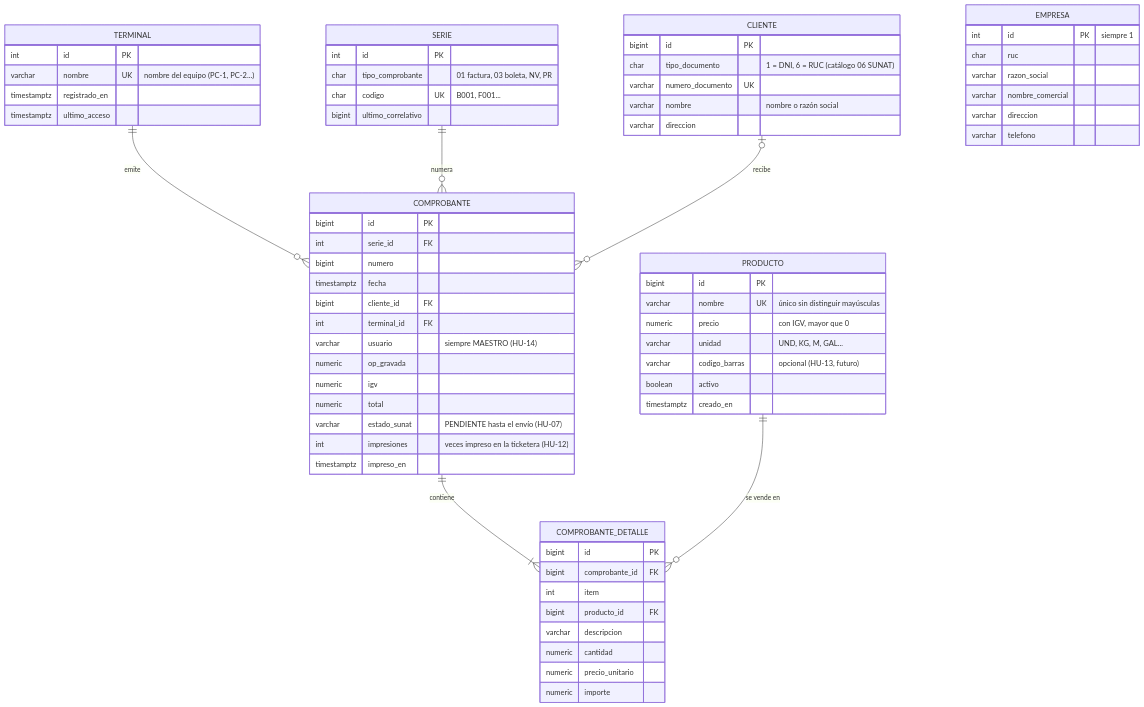
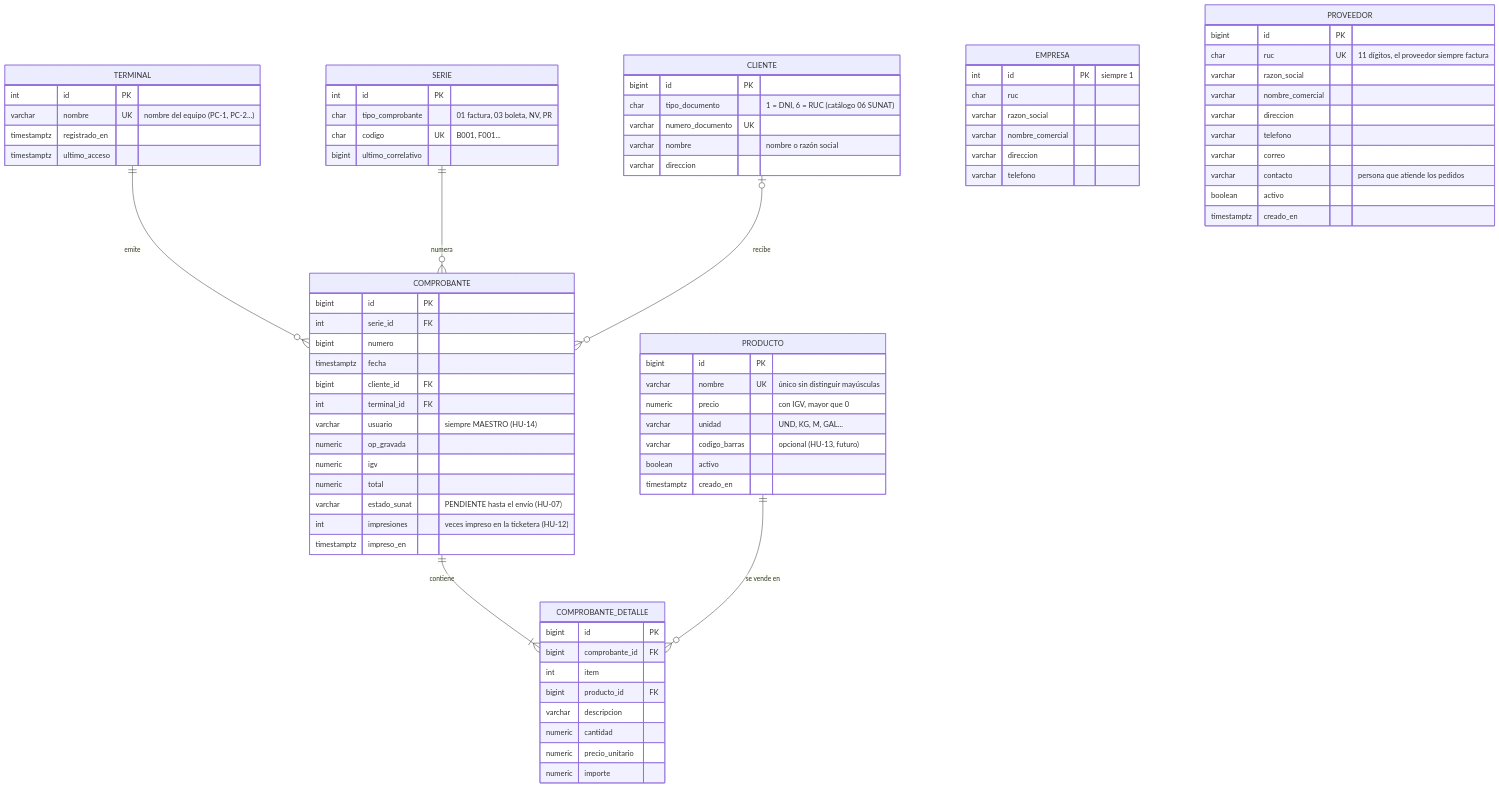
Before and after one commit to ianthony4/Sistema_Logistico_Condor: the diagram in docs/modelo_datos.md, drawn with Mermaid. The commit also changed other lines of this file and 4 other files, not shown here.

````diff
--- a/docs/modelo_datos.md
+++ b/docs/modelo_datos.md
@@ -9,70 +9,82 @@
 ```mermaid
 erDiagram
     TERMINAL ||--o{ COMPROBANTE : "emite"
     SERIE ||--o{ COMPROBANTE : "numera"
     CLIENTE |o--o{ COMPROBANTE : "recibe"
     COMPROBANTE ||--|{ COMPROBANTE_DETALLE : "contiene"
     PRODUCTO ||--o{ COMPROBANTE_DETALLE : "se vende en"
 
     TERMINAL {
         int id PK
         varchar nombre UK "nombre del equipo (PC-1, PC-2...)"
         timestamptz registrado_en
         timestamptz ultimo_acceso
     }
     PRODUCTO {
         bigint id PK
         varchar nombre UK "único sin distinguir mayúsculas"
         numeric precio "con IGV, mayor que 0"
         varchar unidad "UND, KG, M, GAL..."
         varchar codigo_barras "opcional (HU-13, futuro)"
         boolean activo
         timestamptz creado_en
     }
     CLIENTE {
         bigint id PK
         char tipo_documento "1 = DNI, 6 = RUC (catálogo 06 SUNAT)"
         varchar numero_documento UK
         varchar nombre "nombre o razón social"
         varchar direccion
     }
     SERIE {
         int id PK
         char tipo_comprobante "01 factura, 03 boleta, NV, PR"
         char codigo UK "B001, F001..."
         bigint ultimo_correlativo
     }
     COMPROBANTE {
         bigint id PK
         int serie_id FK
         bigint numero
         timestamptz fecha
         bigint cliente_id FK
         int terminal_id FK
         varchar usuario "siempre MAESTRO (HU-14)"
         numeric op_gravada
         numeric igv
         numeric total
         varchar estado_sunat "PENDIENTE hasta el envío (HU-07)"
         int impresiones "veces impreso en la ticketera (HU-12)"
         timestamptz impreso_en
     }
     COMPROBANTE_DETALLE {
         bigint id PK
         bigint comprobante_id FK
         int item
         bigint producto_id FK
         varchar descripcion
         numeric cantidad
         numeric precio_unitario
         numeric importe
     }
     EMPRESA {
         int id PK "siempre 1"
         char ruc
         varchar razon_social
         varchar nombre_comercial
         varchar direccion
         varchar telefono
     }
+    PROVEEDOR {
+        bigint id PK
+        char ruc UK "11 dígitos, el proveedor siempre factura"
+        varchar razon_social
+        varchar nombre_comercial
+        varchar direccion
+        varchar telefono
+        varchar correo
+        varchar contacto "persona que atiende los pedidos"
+        boolean activo
+        timestamptz creado_en
+    }
 ```
````
